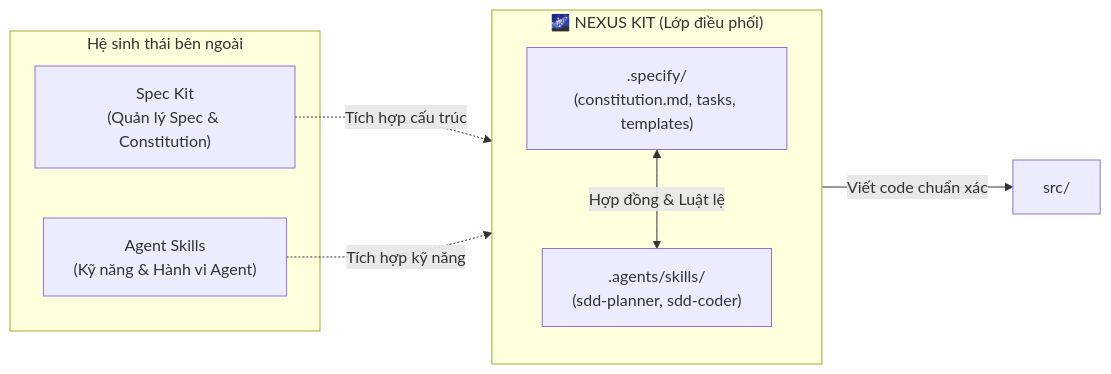
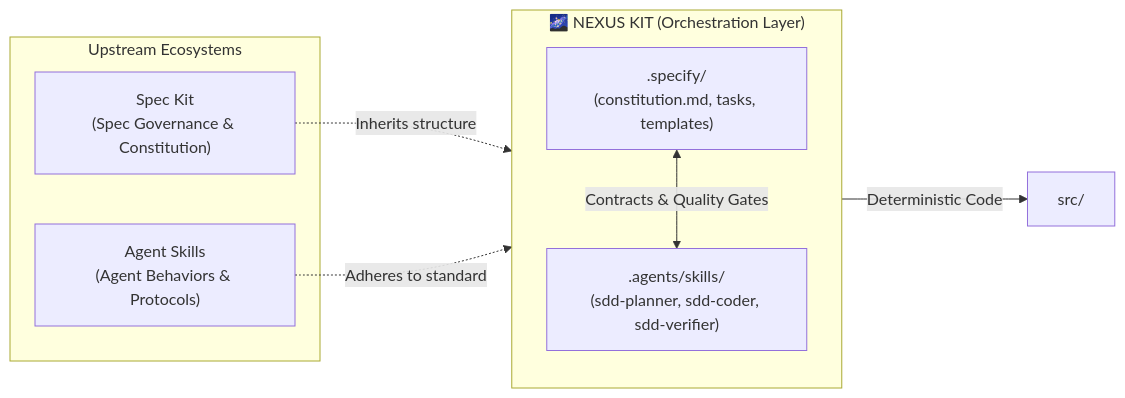
The diagram in README.md (TranHuuQuyet/nexus-kit), drawn with Mermaid before and after one commit. The commit also changed other lines of this file and 2 other files, not shown here.

````diff
--- a/README.md
+++ b/README.md
@@ -20,19 +31,19 @@
 ```mermaid
 flowchart LR
-    subgraph Upstream["Hệ sinh thái bên ngoài"]
-        SK["Spec Kit\n(Quản lý Spec & Constitution)"]
-        AS["Agent Skills\n(Kỹ năng & Hành vi Agent)"]
+    subgraph Upstream["Upstream Ecosystems"]
+        SK["Spec Kit\n(Spec Governance & Constitution)"]
+        AS["Agent Skills\n(Agent Behaviors & Protocols)"]
     end
 
-    subgraph NexusKit["🌌 NEXUS KIT (Lớp điều phối)"]
+    subgraph NexusKit["🌌 NEXUS KIT (Orchestration Layer)"]
         direction TB
         SpecDir[".specify/\n(constitution.md, tasks, templates)"]
-        SkillsDir[".agents/skills/\n(sdd-planner, sdd-coder)"]
+        SkillsDir[".agents/skills/\n(sdd-planner, sdd-coder, sdd-verifier)"]
     end
 
-    SK -. "Tích hợp cấu trúc" .-> SpecDir
-    AS -. "Tích hợp kỹ năng" .-> SkillsDir
+    SK -. "Inherits structure" .-> SpecDir
+    AS -. "Adheres to standard" .-> SkillsDir
 
-    SpecDir <-->|"Hợp đồng & Luật lệ"| SkillsDir
-    SkillsDir -->|"Viết code chuẩn xác"| Src["src/"]
+    SpecDir <-->|"Contracts & Quality Gates"| SkillsDir
+    SkillsDir -->|"Deterministic Code"| Src["src/"]
 ```
````
